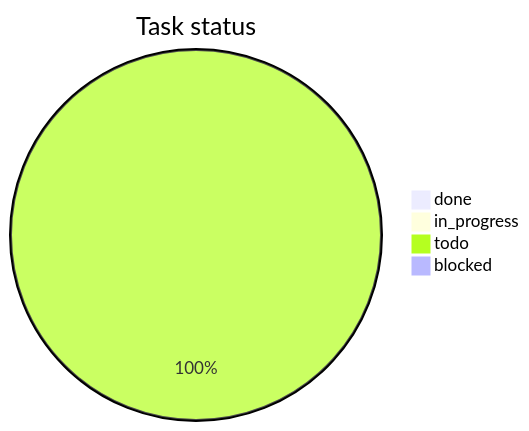
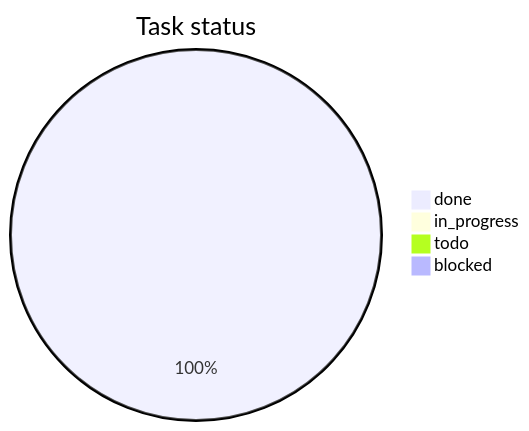
Before and after one commit to 2tsoftwareapp/super-template: the first of 2 diagrams in .agents/sessions/tenant-write-migration-issues/OVERVIEW.md, drawn with Mermaid. The commit also changed other lines of this file and 4 other files, not shown here.

````diff
--- a/.agents/sessions/tenant-write-migration-issues/OVERVIEW.md
+++ b/.agents/sessions/tenant-write-migration-issues/OVERVIEW.md
@@ -19,7 +19,7 @@
 ```mermaid
 pie title Task status
-  "done" : 0
+  "done" : 6
   "in_progress" : 0
-  "todo" : 6
+  "todo" : 0
   "blocked" : 0
 ```
````
